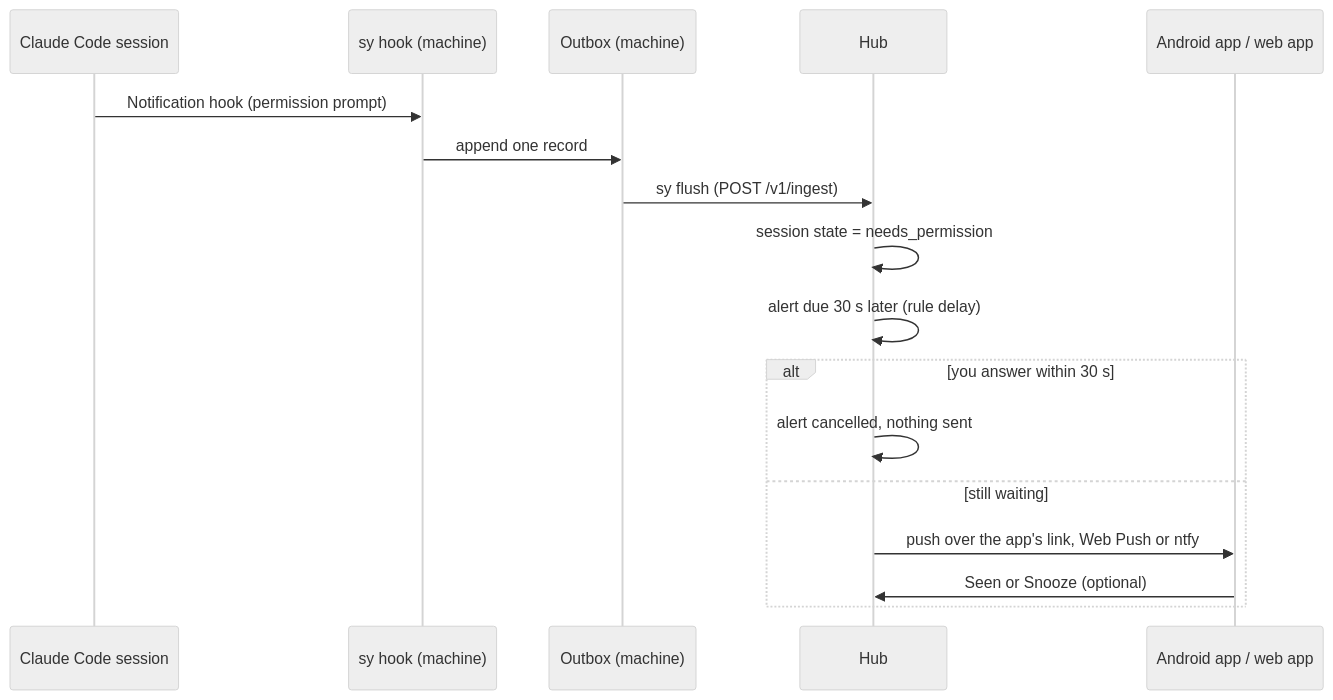
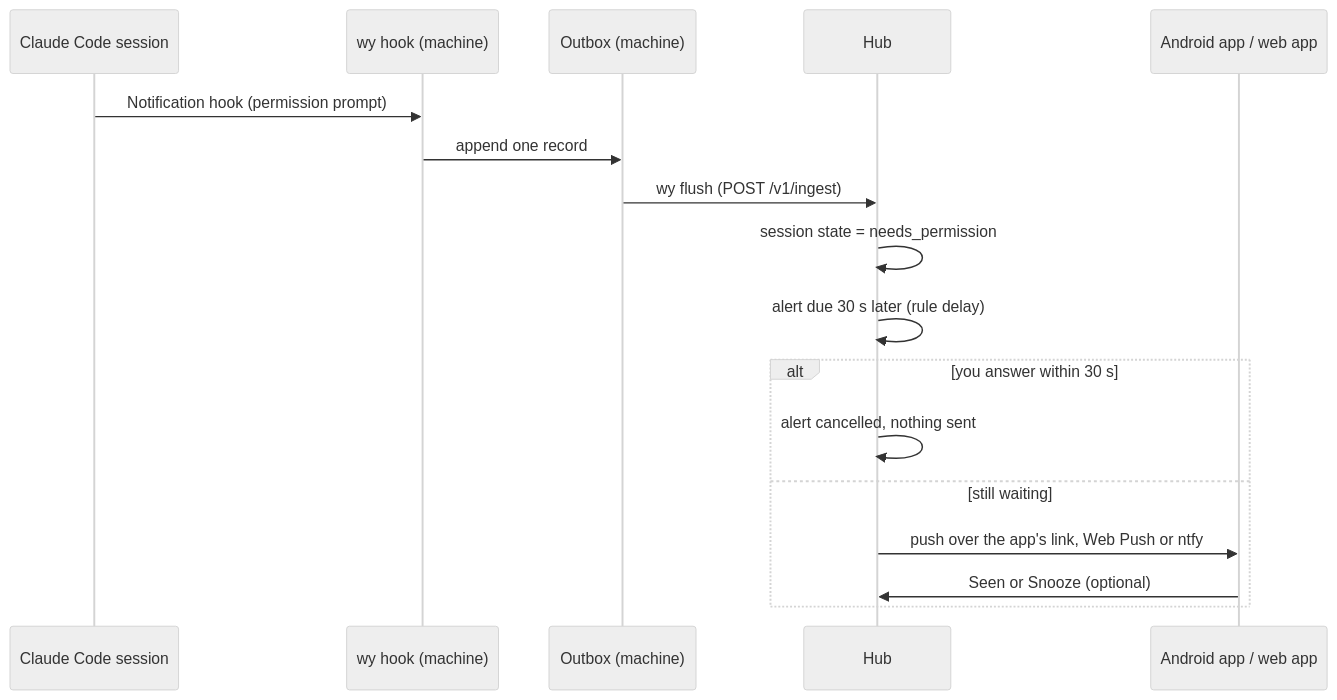
Before and after one commit to mraj602/switchyard: the diagram in docs/guide/alerts.md, drawn with Mermaid (neutral theme). The commit also changed other lines of this file and 1273 other files, not shown here.

````diff
--- a/docs/guide/alerts.md
+++ b/docs/guide/alerts.md
@@ -10,19 +10,19 @@
 ```mermaid
 sequenceDiagram
     participant CC as Claude Code session
-    participant SY as sy hook (machine)
+    participant SY as wy hook (machine)
     participant OB as Outbox (machine)
     participant HUB as Hub
     participant PH as Android app / web app
     CC->>SY: Notification hook (permission prompt)
     SY->>OB: append one record
-    OB->>HUB: sy flush (POST /v1/ingest)
+    OB->>HUB: wy flush (POST /v1/ingest)
     HUB->>HUB: session state = needs_permission
     HUB->>HUB: alert due 30 s later (rule delay)
     alt you answer within 30 s
         HUB->>HUB: alert cancelled, nothing sent
     else still waiting
         HUB->>PH: push over the app's link, Web Push or ntfy
         PH->>HUB: Seen or Snooze (optional)
     end
 ```
````
